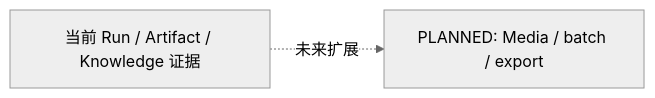
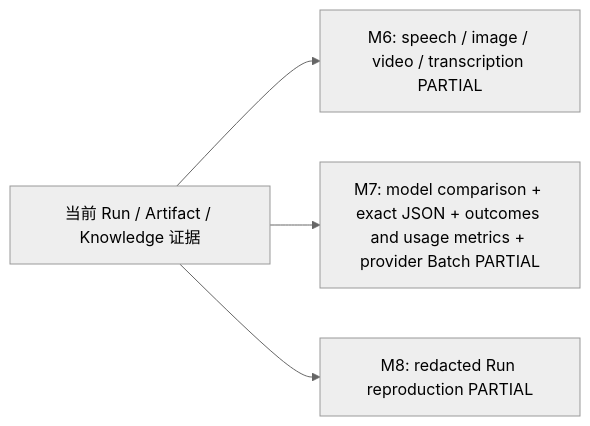
Before and after one commit to yorzi/rubyllm-workbench: the fourth of 11 diagrams in docs/ARCHITECTURE.md, drawn with Mermaid (neutral theme). The commit also changed other lines of this file and 12 other files, not shown here.

````diff
--- a/docs/ARCHITECTURE.md
+++ b/docs/ARCHITECTURE.md
@@ -322,5 +397,7 @@
 ```mermaid
 flowchart LR
     Current["当前 Run / Artifact / Knowledge 证据"]
-    Current -. "未来扩展" .-> Media["PLANNED: Media / batch / export"]
+    Current --> Media["M6: speech / image / video / transcription PARTIAL"]
+    Current --> Evaluation["M7: model comparison + exact JSON + outcomes and usage metrics + provider Batch PARTIAL"]
+    Current --> Export["M8: redacted Run reproduction PARTIAL"]
 ```
````
